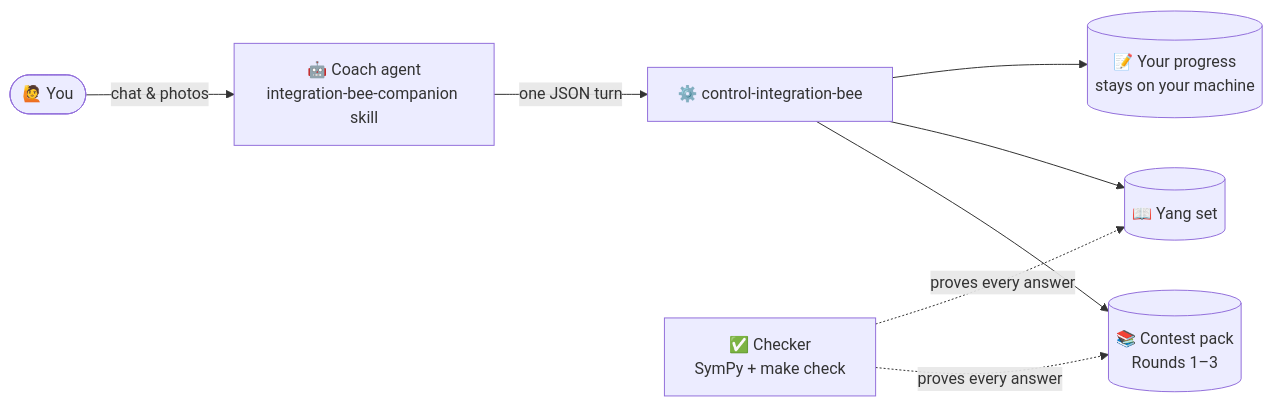
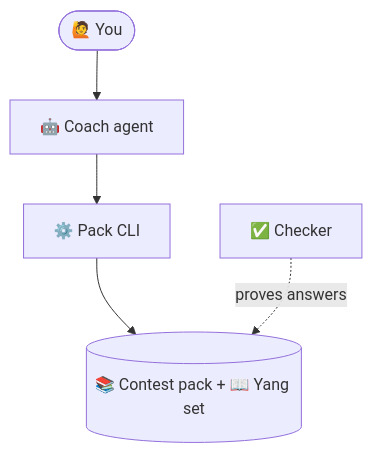
One commit to jerome-queck/integration-bee changed the diagram in README.md. Above: the diagram before and after it, drawn with Mermaid. The commit also changed 1 other file, not shown here.

Commit message:
README: compact top-down mermaid diagram that fits GitHub default view; detail moved to docs/architecture.md

````diff
--- a/README.md
+++ b/README.md
@@ -20,10 +20,7 @@
 ```mermaid
-flowchart LR
-    You([🙋 You]) -- chat & photos --> Coach[🤖 Coach agent<br/>integration-bee-companion skill]
-    Coach -- one JSON turn --> CLI[⚙️ control-integration-bee]
-    CLI --> Pack[(📚 Contest pack<br/>Rounds 1–3)]
-    CLI --> Yang[(📖 Yang set)]
-    CLI --> Progress[(📝 Your progress<br/>stays on your machine)]
-    Checker[✅ Checker<br/>SymPy + make check] -. proves every answer .-> Pack
-    Checker -. proves every answer .-> Yang
+flowchart TD
+    You([🙋 You]) --> Coach[🤖 Coach agent]
+    Coach --> CLI[⚙️ Pack CLI]
+    CLI --> Problems[(📚 Contest pack + 📖 Yang set)]
+    Checker[✅ Checker] -. proves answers .-> Problems
 ```
````
